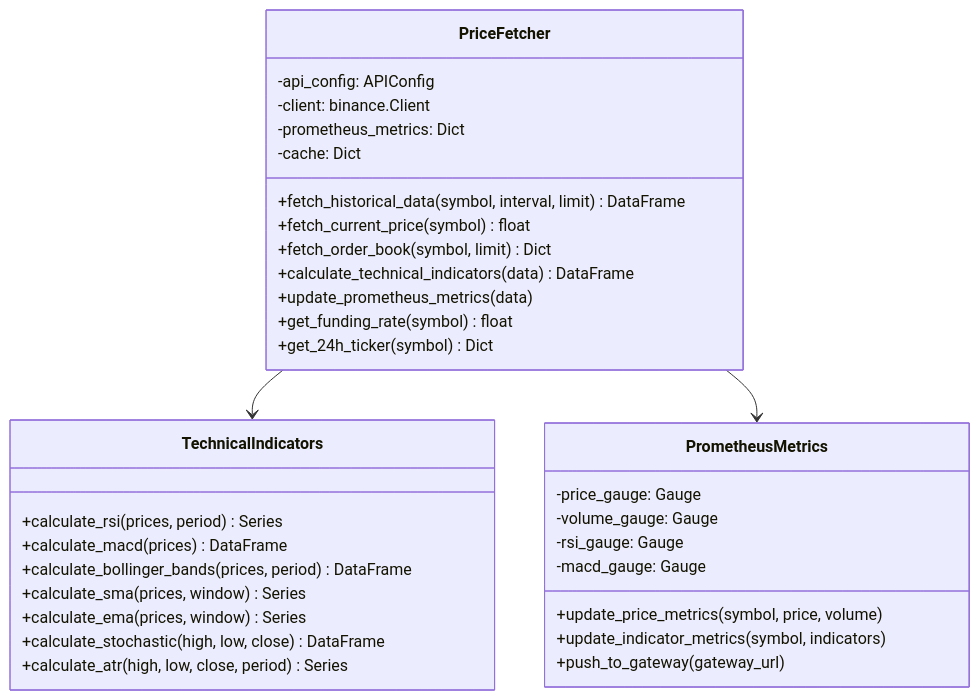
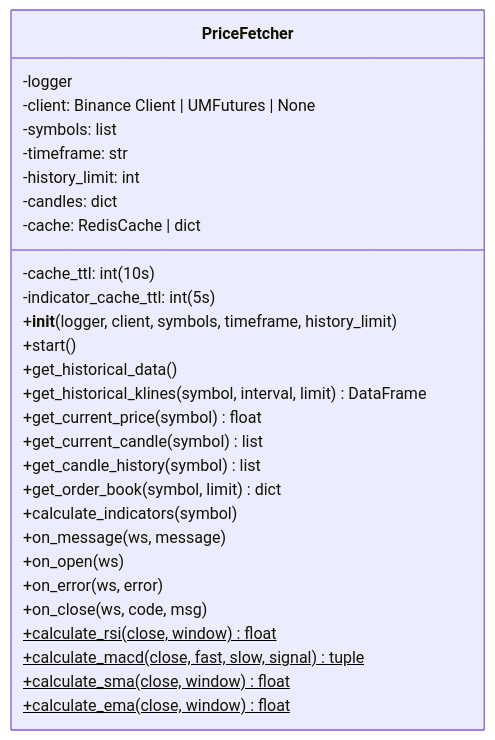
One commit to cluster2600/ELVIS changed the second of 7 diagrams in docs/utilities_monitoring.md. Above: the diagram before and after it, drawn with Mermaid. The commit also changed other lines of this file and 60 other files, not shown here.

````diff
--- a/docs/utilities_monitoring.md
+++ b/docs/utilities_monitoring.md
@@ -85,39 +83,31 @@
 ```mermaid
 classDiagram
     class PriceFetcher {
-        -api_config: APIConfig
-        -client: binance.Client
-        -prometheus_metrics: Dict
-        -cache: Dict
-        +fetch_historical_data(symbol, interval, limit) DataFrame
-        +fetch_current_price(symbol) float
-        +fetch_order_book(symbol, limit) Dict
-        +calculate_technical_indicators(data) DataFrame
-        +update_prometheus_metrics(data)
-        +get_funding_rate(symbol) float
-        +get_24h_ticker(symbol) Dict
+        -logger
+        -client: Binance Client | UMFutures | None
+        -symbols: list
+        -timeframe: str
+        -history_limit: int
+        -candles: dict
+        -cache: RedisCache | dict
+        -cache_ttl: int (10s)
+        -indicator_cache_ttl: int (5s)
+        +__init__(logger, client, symbols, timeframe, history_limit)
+        +start()
+        +get_historical_data()
+        +get_historical_klines(symbol, interval, limit) DataFrame
+        +get_current_price(symbol) float
+        +get_current_candle(symbol) list
+        +get_candle_history(symbol) list
+        +get_order_book(symbol, limit) dict
+        +calculate_indicators(symbol)
+        +on_message(ws, message)
+        +on_open(ws)
+        +on_error(ws, error)
+        +on_close(ws, code, msg)
+        +calculate_rsi(close, window)$ float
+        +calculate_macd(close, fast, slow, signal)$ tuple
+        +calculate_sma(close, window)$ float
+        +calculate_ema(close, window)$ float
     }
-    
-    class TechnicalIndicators {
-        +calculate_rsi(prices, period) Series
-        +calculate_macd(prices) DataFrame
-        +calculate_bollinger_bands(prices, period) DataFrame
-        +calculate_sma(prices, window) Series
-        +calculate_ema(prices, window) Series
-        +calculate_stochastic(high, low, close) DataFrame
-        +calculate_atr(high, low, close, period) Series
-    }
-    
-    class PrometheusMetrics {
-        -price_gauge: Gauge
-        -volume_gauge: Gauge
-        -rsi_gauge: Gauge
-        -macd_gauge: Gauge
-        +update_price_metrics(symbol, price, volume)
-        +update_indicator_metrics(symbol, indicators)
-        +push_to_gateway(gateway_url)
-    }
-    
-    PriceFetcher --> TechnicalIndicators
-    PriceFetcher --> PrometheusMetrics
 ```
````
